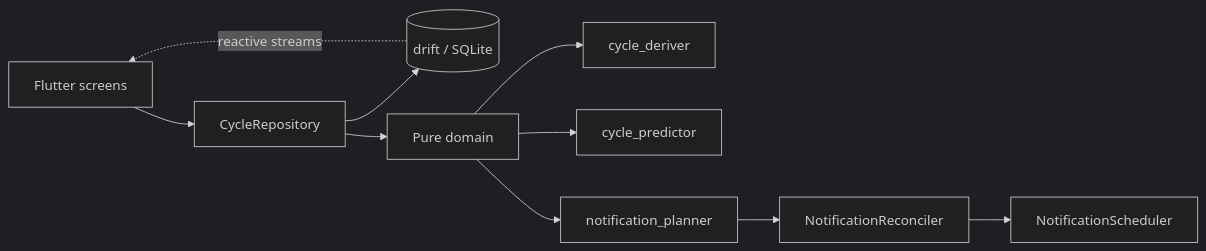
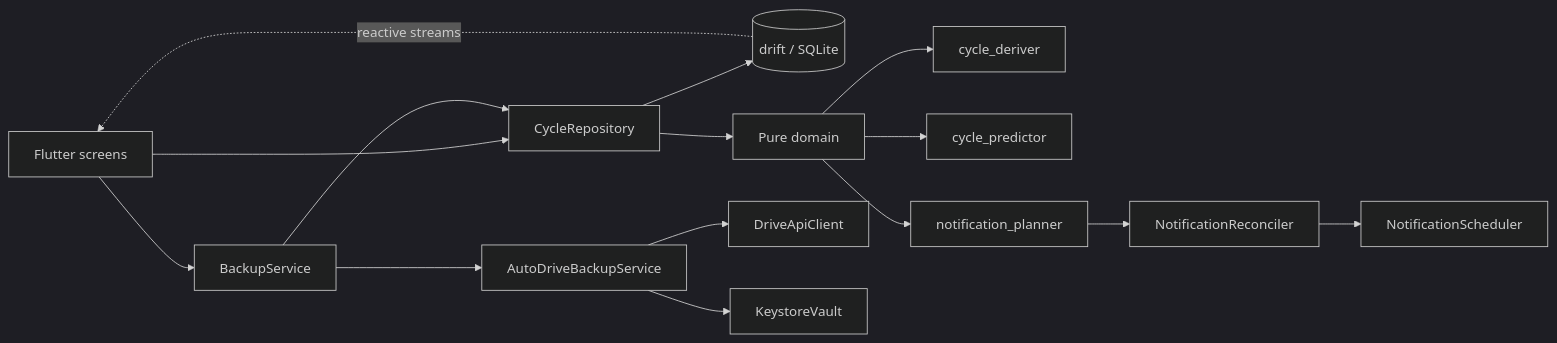
The diagram in README.en.md (Soofiaa/Aura), drawn with Mermaid (dark theme) before and after one commit. The commit also changed other lines of this file and 2 other files, not shown here.

Commit message:
docs(readme): actualiza arbol de lib/, diagrama y conteo de tests; fix version 1.2.0+7 en app_version

````diff
--- a/README.en.md
+++ b/README.en.md
@@ -52,12 +52,17 @@
 ```mermaid
 flowchart LR
     UI[Flutter screens] --> Repo[CycleRepository]
     Repo --> DB[(drift / SQLite)]
     Repo --> Dom[Pure domain]
     Dom --> Der[cycle_deriver]
     Dom --> Pred[cycle_predictor]
     Dom --> Plan[notification_planner]
     Plan --> Rec[NotificationReconciler]
     Rec --> Sch[NotificationScheduler]
+    UI --> Bak[BackupService]
+    Bak --> Repo
+    Bak --> Drv[AutoDriveBackupService]
+    Drv --> Api[DriveApiClient]
+    Drv --> Vault[KeystoreVault]
     DB -. reactive streams .-> UI
 ```
````
